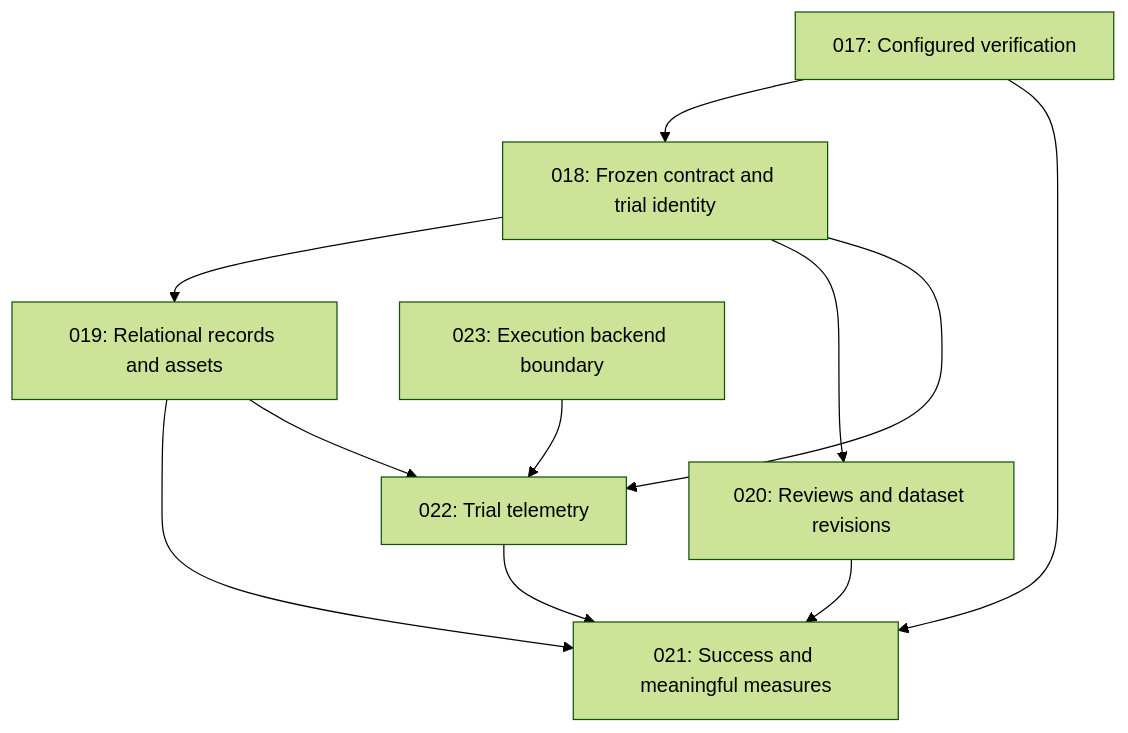
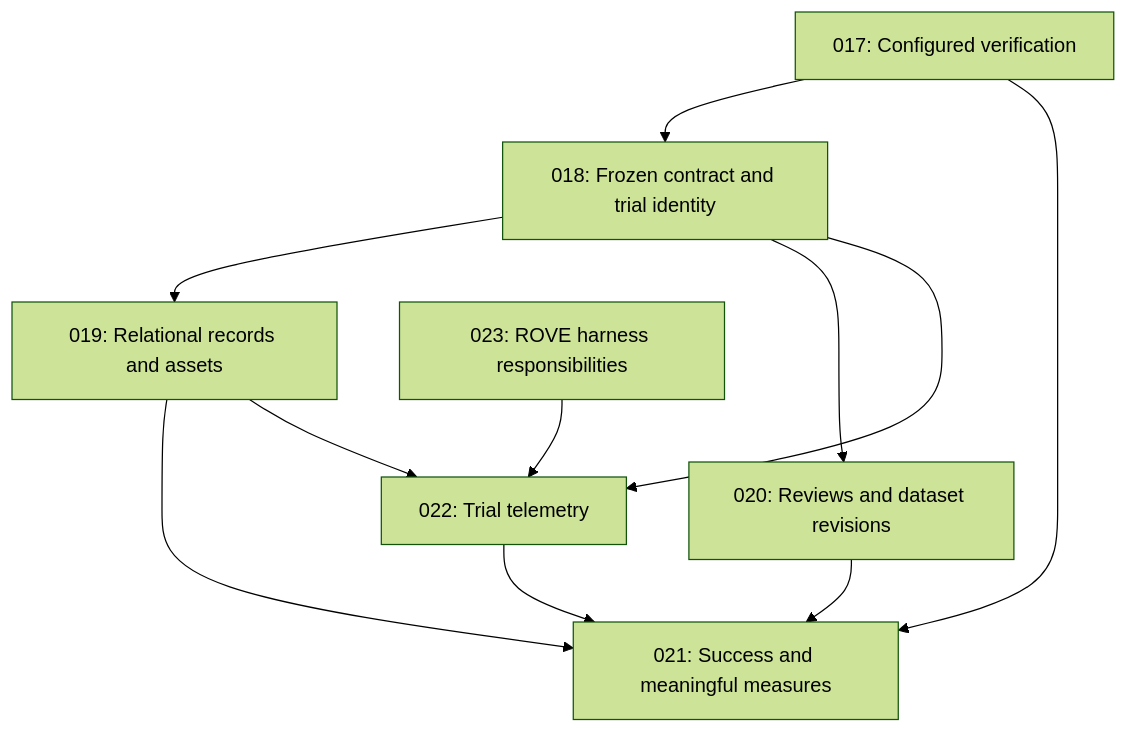
One commit to niksacdev/rove changed the diagram in docs/architecture/README.md. Above: the diagram before and after it, drawn with Mermaid (forest theme). The commit also changed other lines of this file and 7 other files, not shown here.

Commit message:
Keep ROVE harness development independent

````diff
--- a/docs/architecture/README.md
+++ b/docs/architecture/README.md
@@ -17,13 +17,13 @@
 ```mermaid
 flowchart TD
     V[017: Configured verification] --> C[018: Frozen contract and trial identity]
     C --> S[019: Relational records and assets]
     C --> H[020: Reviews and dataset revisions]
     H --> M[021: Success and meaningful measures]
     V --> M
     S --> M
     C --> T[022: Trial telemetry]
     S --> T
     T --> M
-    E[023: Execution backend boundary] --> T
+    E[023: ROVE harness responsibilities] --> T
 ```
````
